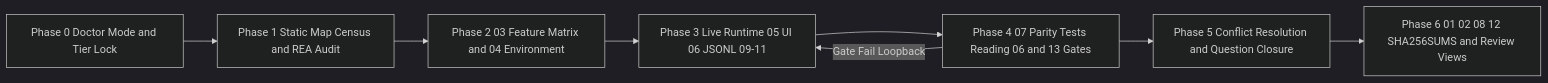
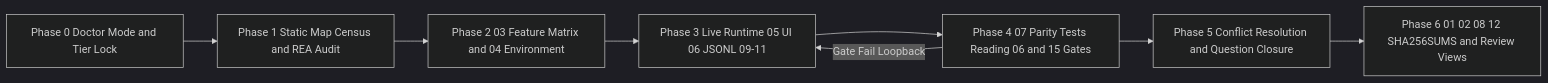
The second of 2 diagrams in README.md (awesomejun/spec-anything), drawn with Mermaid (dark theme) before and after one commit. The commit also changed other lines of this file and 14 other files, not shown here.

````diff
--- a/README.md
+++ b/README.md
@@ -138,10 +152,10 @@
 ```mermaid
 flowchart LR
     P0[Phase 0 Doctor Mode and Tier Lock] --> P1[Phase 1 Static Map Census and REA Audit]
     P1 --> P2[Phase 2 03 Feature Matrix and 04 Environment]
     P2 --> P3[Phase 3 Live Runtime 05 UI 06 JSONL 09-11]
-    P3 --> P4[Phase 4 07 Parity Tests Reading 06 and 13 Gates]
+    P3 --> P4[Phase 4 07 Parity Tests Reading 06 and 15 Gates]
     P4 -->|Gate Fail Loopback| P3
     P4 --> P5[Phase 5 Conflict Resolution and Question Closure]
     P5 --> P6[Phase 6 01 02 08 12 SHA256SUMS and Review Views]
 ```
````
